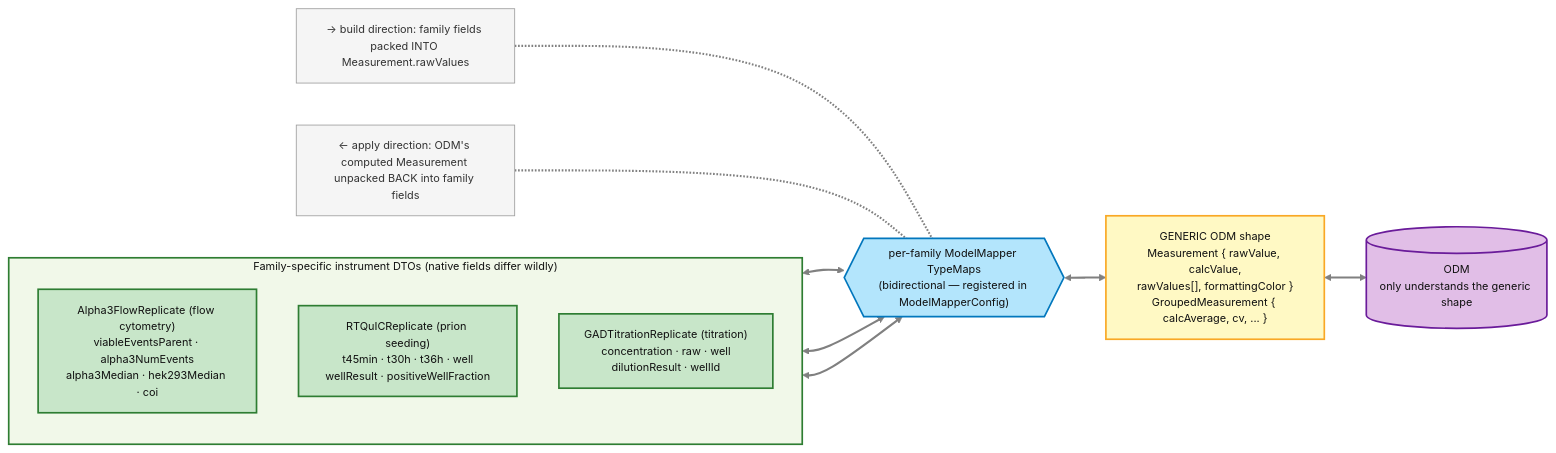
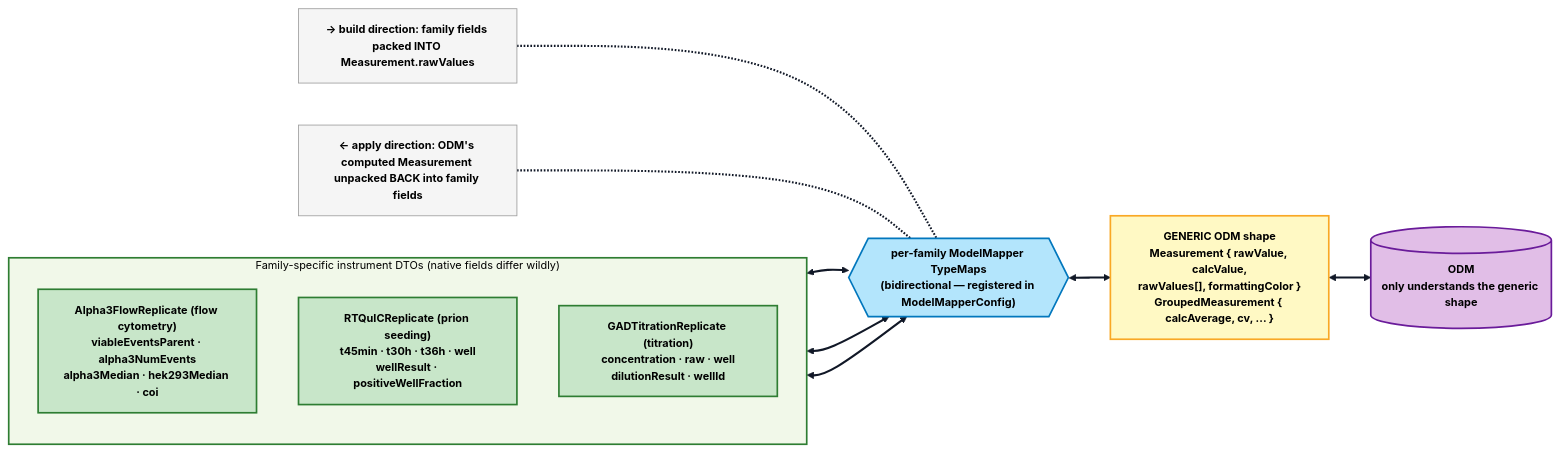
One commit to fengyanglin09/my-work-dashboard-app changed the third of 5 diagrams in src/assets/pages/app-resources/nerds/appDetails/00step/review-stage/odm-payload-mapping.md. Above: the diagram before and after it, drawn with Mermaid. The commit also changed other lines of this file and 35 other files, not shown here.

Commit message:
Add new mermaid diagrams for workflow and testing processes

````diff
--- a/src/assets/pages/app-resources/nerds/appDetails/00step/review-stage/odm-payload-mapping.md
+++ b/src/assets/pages/app-resources/nerds/appDetails/00step/review-stage/odm-payload-mapping.md
@@ -116,39 +116,39 @@
 ```mermaid
-%%{init: {"theme":"base", "themeVariables":{"background":"#ffffff","lineColor":"#808080","edgeLabelBackground":"#ffffff","fontSize":"13px"}, "flowchart":{"curve":"basis"}}}%%
+%%{init: {"theme":"base", "themeVariables":{"background":"#ffffff","mainBkg":"#ffffff","primaryColor":"#f8fafc","primaryTextColor":"#000000","primaryBorderColor":"#111827","secondaryColor":"#f8fafc","secondaryTextColor":"#000000","secondaryBorderColor":"#111827","tertiaryColor":"#f8fafc","tertiaryTextColor":"#000000","tertiaryBorderColor":"#111827","lineColor":"#111827","defaultLinkColor":"#111827","nodeTextColor":"#000000","textColor":"#000000","titleColor":"#000000","edgeLabelBackground":"#ffffff","clusterBkg":"#f8fafc","clusterBorder":"#111827","fontSize":"13px"}, "themeCSS":".nodeLabel,.nodeLabel *,.edgeLabel,.edgeLabel *,.cluster-label,.cluster-label *,.label,.label *,foreignObject,foreignObject *,text,tspan{color:#000000 !important;fill:#000000 !important;font-weight:700 !important;}.edgeLabel rect,.labelBkg{fill:#ffffff !important;opacity:0.96 !important;}", "flowchart":{"curve":"basis","htmlLabels":false}}}%%
 flowchart LR
     subgraph FAMILIES["Family-specific instrument DTOs (native fields differ wildly)"]
         direction TB
         A3["Alpha3FlowReplicate (flow cytometry)<br/>viableEventsParent · alpha3NumEvents<br/>alpha3Median · hek293Median · coi"]
         RT["RTQuICReplicate (prion seeding)<br/>t45min · t30h · t36h · well<br/>wellResult · positiveWellFraction"]
         GD["GADTitrationReplicate (titration)<br/>concentration · raw · well<br/>dilutionResult · wellId"]
     end
 
     ADPT{{"per-family ModelMapper TypeMaps<br/>(bidirectional — registered in ModelMapperConfig)"}}
 
     A3 <--> ADPT
     RT <--> ADPT
     GD <--> ADPT
 
     ADPT <--> GEN["GENERIC ODM shape<br/>Measurement { rawValue, calcValue,<br/>rawValues[], formattingColor }<br/>GroupedMeasurement { calcAverage, cv, ... }"]
 
     GEN <--> ODM[("ODM<br/>only understands the generic shape")]
 
     N1["→ build direction: family fields packed INTO Measurement.rawValues"] -.- ADPT
     N2["← apply direction: ODM's computed Measurement unpacked BACK into family fields"] -.- ADPT
 
-    classDef fam  fill:#c8e6c9,stroke:#2e7d32,stroke-width:2px,color:#111111;
-    classDef gen  fill:#fff9c4,stroke:#f9a825,stroke-width:2px,color:#111111;
-    classDef adpt fill:#b3e5fc,stroke:#0277bd,stroke-width:2px,color:#111111;
-    classDef odm  fill:#e1bee7,stroke:#6a1b9a,stroke-width:2px,color:#111111;
-    classDef note fill:#f5f5f5,stroke:#9e9e9e,stroke-width:1px,color:#333333;
+    classDef fam  fill:#c8e6c9,stroke:#2e7d32,stroke-width:2px,color:#000000,font-weight:700;
+    classDef gen  fill:#fff9c4,stroke:#f9a825,stroke-width:2px,color:#000000,font-weight:700;
+    classDef adpt fill:#b3e5fc,stroke:#0277bd,stroke-width:2px,color:#000000,font-weight:700;
+    classDef odm  fill:#e1bee7,stroke:#6a1b9a,stroke-width:2px,color:#000000,font-weight:700;
+    classDef note fill:#f5f5f5,stroke:#9e9e9e,stroke-width:1px,color:#000000,font-weight:700;
 
     class A3,RT,GD fam;
     class GEN gen;
     class ADPT adpt;
     class ODM odm;
     class N1,N2 note;
 
-    style FAMILIES fill:#f1f8e9,stroke:#2e7d32,stroke-width:2px,color:#111111
+    style FAMILIES fill:#f1f8e9,stroke:#2e7d32,stroke-width:2px,color:#000000,font-weight:700
 
-    linkStyle default stroke:#808080,stroke-width:2.5px
+    linkStyle default stroke:#111827,stroke-width:2.5px
 ```
````
